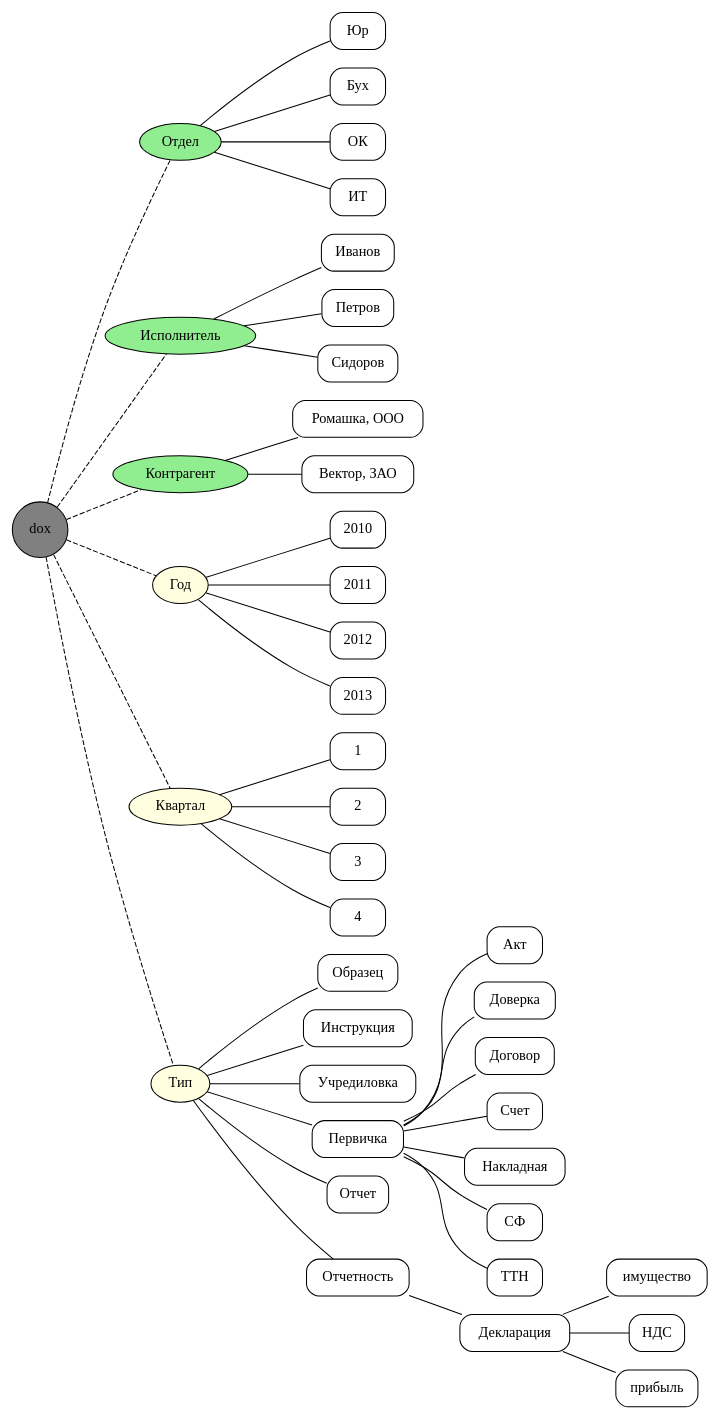
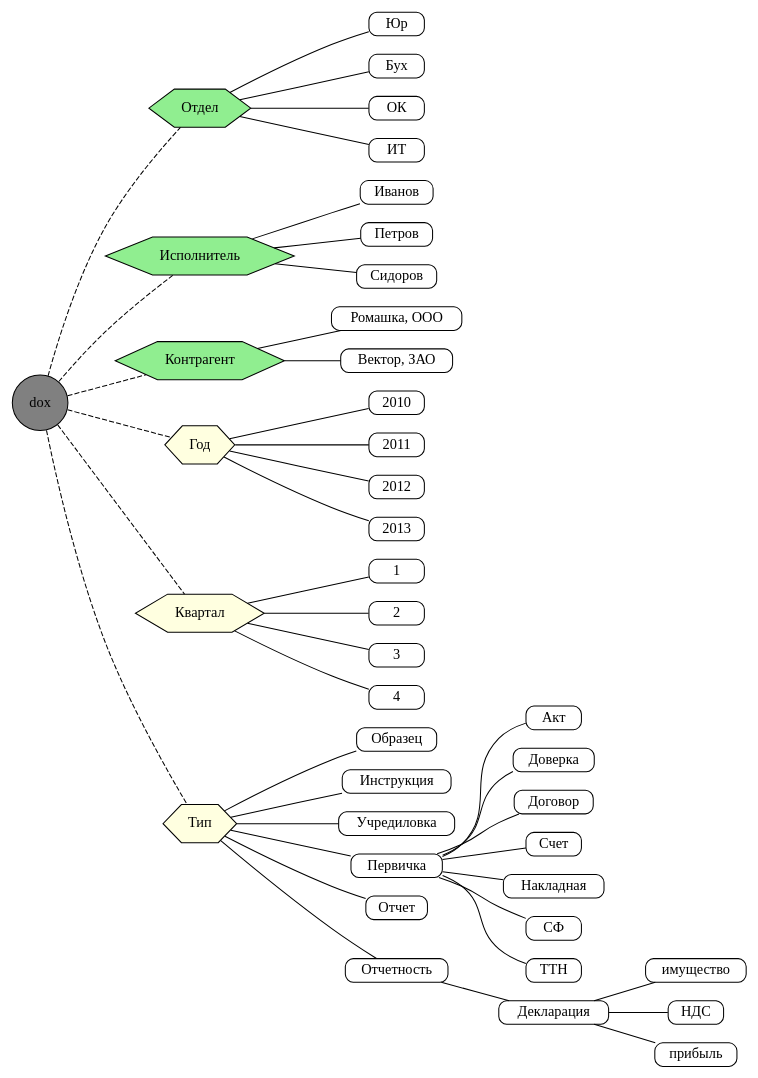
Before and after one commit to tieugene/dasarchive: the diagram in _contrib_/dox.dot, drawn with Graphviz.

```diff
--- a/_contrib_/dox.dot
+++ b/_contrib_/dox.dot
@@ -1,83 +1,83 @@
 graph DasArchive {
   overlap="false";
   rankdir="LR";
   root="n0";
   /* defaults */
   {
     node  	[shape="circle", style="filled", fillcolor="grey"];
     n0		[label="dox"];
   }
   /* AttrGroup */
   {
-    node  	[shape="ellipse", style="filled"];
+    node  	[shape="hexagon", style="filled", height="0.2"];
     /* AttrGroup.Mselect */
     {
       node  	[fillcolor="lightgreen"];
       depart	[label="Отдел"];
       doer	[label="Исполнитель"];
       partner	[label="Контрагент"];
     }
     /* AttrGroup.Sselect */
     {
       node  	[fillcolor="lightyellow"];
       year	[label="Год"];
       quarter	[label="Квартал"];
       doctype	[label="Тип"];
     }
   }
   /* AttrItem */
   {
-    node  	[shape="rectangle", style="rounded, filled", fillcolor="white"];
+    node  	[shape="rectangle", style="rounded, filled", fillcolor="white", height="0.2"];
     year2010	[label="2010"];
     year2011	[label="2011"];
     year2012	[label="2012"];
     year2013	[label="2013"];
     quarter1	[label="1"];
     quarter2	[label="2"];
     quarter3	[label="3"];
     quarter4	[label="4"];
     depart1	[label="Юр"];
     depart2	[label="Бух"];
     depart3	[label="ОК"];
     depart4	[label="ИТ"];
     doer1	[label="Иванов"];
     doer2	[label="Петров"];
     doer3	[label="Сидоров"];
     partner1	[label="Ромашка, ООО"];
     partner2	[label="Вектор, ЗАО"];
     doc1	[label="Образец"];
     doc2	[label="Инструкция"];
     doc3	[label="Учредиловка"];
     doc4	[label="Первичка"];
     doc5	[label="Отчет"];
     doc6	[label="Отчетность"];
     doc41	[label="Акт"];
     doc42	[label="Доверка"];
     doc43	[label="Договор"];
     doc44	[label="Счет"];
     doc45	[label="Накладная"];
     doc46	[label="СФ"];
     doc47	[label="ТТН"];
     doc61	[label="Декларация"];
     doc611	[label="имущество"];
     doc612	[label="НДС"];
     doc613	[label="прибыль"];
   }
   /* go */
   /* 1. AttrGroup definitions */
   year		-- { year2010; year2011; year2012; year2013; };
   quarter	-- { quarter1; quarter2; quarter3; quarter4; };
   depart	-- { depart1; depart2; depart3; depart4; };
   doer		-- { doer1; doer2; doer3; };
   partner	-- { partner1; partner2; };
   doctype	-- { doc1; doc2; doc3; doc4; doc5; doc6; };
   /* 2. AttrItem's groups */
   {
     edge	[style="dashed"];
   n0		-- { doctype; depart; doer; partner; year; quarter; };
   }
   /* 3. AttrItem Hierarchy */
   doc4		-- { doc41; doc42; doc43; doc44; doc45; doc46; doc47; };
   doc6		-- { doc61; };
   doc61		-- { doc611; doc612; doc613; };
 }
```
